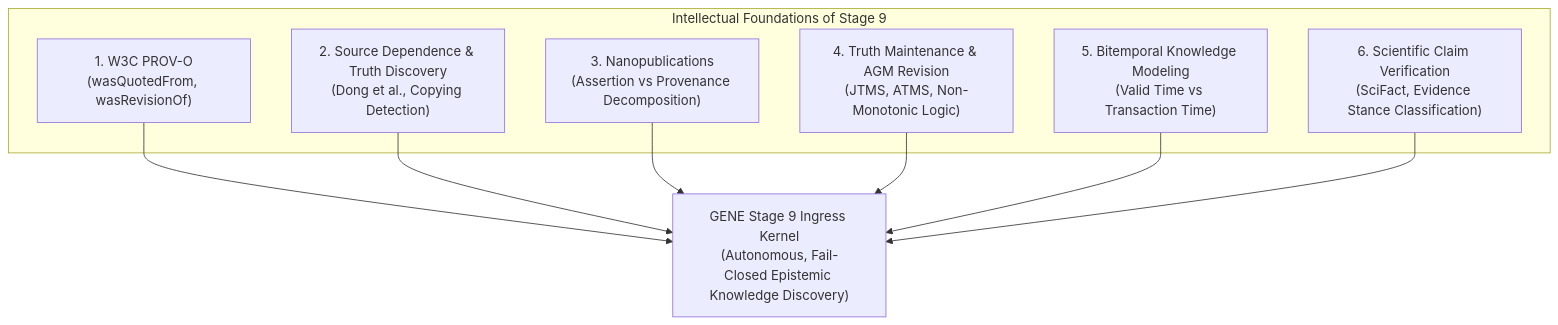
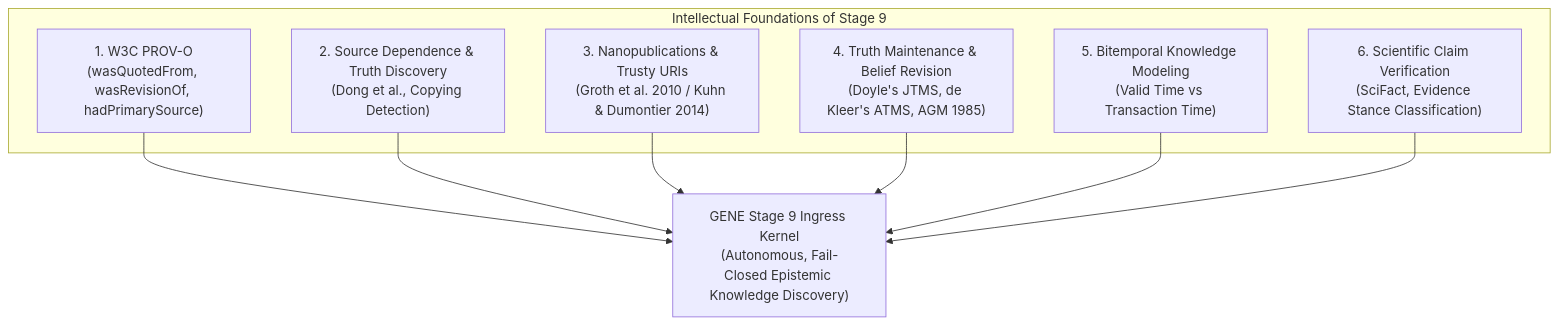
Before and after one commit to admiralorbiter/gene: the diagram in docs/reflections/STAGE9_INTELLECTUAL_ARCHAEOLOGY.md, drawn with Mermaid. The commit also changed other lines of this file and 1 other file, not shown here.

````diff
--- a/docs/reflections/STAGE9_INTELLECTUAL_ARCHAEOLOGY.md
+++ b/docs/reflections/STAGE9_INTELLECTUAL_ARCHAEOLOGY.md
@@ -17,18 +17,18 @@
 ```mermaid
 graph TD
     subgraph "Intellectual Foundations of Stage 9"
-        PROV["1. W3C PROV-O<br/>(wasQuotedFrom, wasRevisionOf)"]
+        PROV["1. W3C PROV-O<br/>(wasQuotedFrom, wasRevisionOf, hadPrimarySource)"]
         TRUTH["2. Source Dependence & Truth Discovery<br/>(Dong et al., Copying Detection)"]
-        NANO["3. Nanopublications<br/>(Assertion vs Provenance Decomposition)"]
-        TMS["4. Truth Maintenance & AGM Revision<br/>(JTMS, ATMS, Non-Monotonic Logic)"]
+        NANO["3. Nanopublications & Trusty URIs<br/>(Groth et al. 2010 / Kuhn & Dumontier 2014)"]
+        TMS["4. Truth Maintenance & Belief Revision<br/>(Doyle's JTMS, de Kleer's ATMS, AGM 1985)"]
         TIME["5. Bitemporal Knowledge Modeling<br/>(Valid Time vs Transaction Time)"]
         VERIF["6. Scientific Claim Verification<br/>(SciFact, Evidence Stance Classification)"]
     end
 
     PROV --> GENE_S9["GENE Stage 9 Ingress Kernel<br/>(Autonomous, Fail-Closed Epistemic Knowledge Discovery)"]
     TRUTH --> GENE_S9
     NANO --> GENE_S9
     TMS --> GENE_S9
     TIME --> GENE_S9
     VERIF --> GENE_S9
 ```
````
